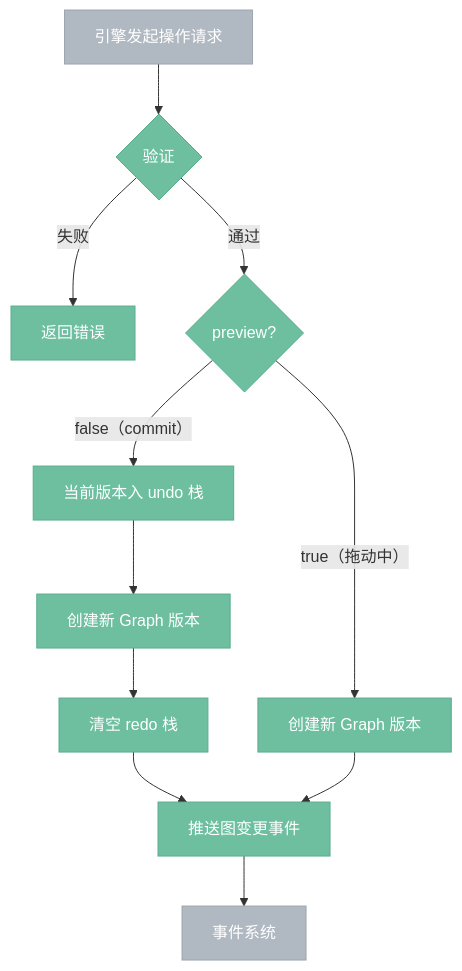
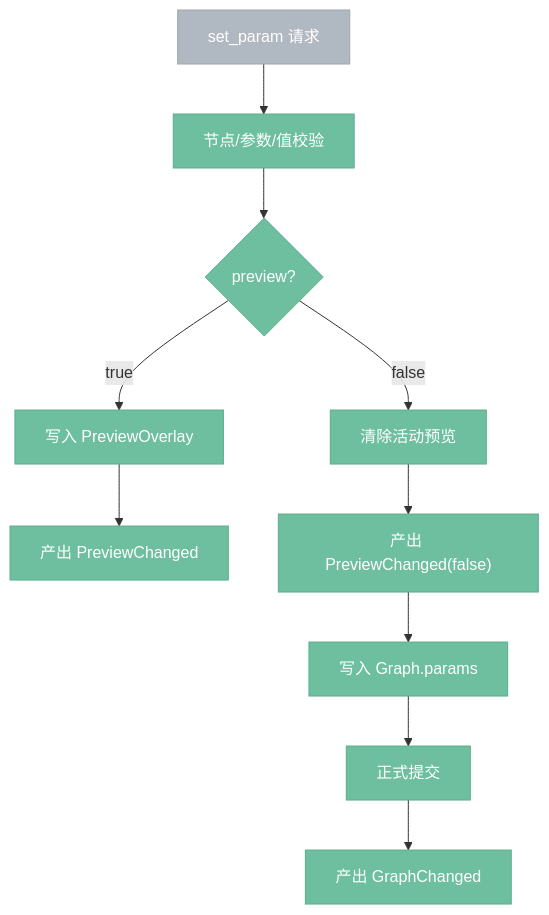
One commit to aporicho/nodeimg changed the third of 5 diagrams in docs/target/4.2.0-graph-controller.impl.md. Above: the diagram before and after it, drawn with Mermaid. The commit also changed other lines of this file and 90 other files, not shown here.

First line of the commit message:
refactor(engine): restructure graph module and scaffold scheduler

````diff
--- a/docs/target/4.2.0-graph-controller.impl.md
+++ b/docs/target/4.2.0-graph-controller.impl.md
@@ -36,18 +903,16 @@
 ```mermaid
 %%{ init: { 'flowchart': { 'curve': 'basis' } } }%%
 flowchart TB
     classDef internal fill:#6DBFA0,stroke:#5BAD8E,color:#fff
     classDef external fill:#B0B8C1,stroke:#9EA6AF,color:#fff
 
-    请求["引擎发起操作请求"]:::external
-    请求 --> 验证{"验证"}:::internal
-    验证 -->|"失败"| 拒绝["返回错误"]:::internal
-    验证 -->|"通过"| preview{"preview?"}:::internal
-    preview -->|"false（commit）"| 快照["当前版本入 undo 栈"]:::internal
-    快照 --> 执行["创建新 Graph 版本"]:::internal
-    执行 --> 清redo["清空 redo 栈"]:::internal
-    清redo --> 事件["推送图变更事件"]:::internal
-    preview -->|"true（拖动中）"| 执行2["创建新 Graph 版本"]:::internal
-    执行2 --> 事件
-    事件 --> 事件系统["事件系统"]:::external
+    请求["set_param 请求"]:::external --> 校验["节点/参数/值校验"]:::internal
+    校验 --> 预览{"preview?"}:::internal
+    预览 -->|"true"| 覆盖["写入 PreviewOverlay"]:::internal
+    覆盖 --> 预览事件["产出 PreviewChanged"]:::internal
+    预览 -->|"false"| 清预览["清除活动预览"]:::internal
+    清预览 --> 清预览事件["产出 PreviewChanged(false)"]:::internal
+    清预览事件 --> 写本体["写入 Graph.params"]:::internal
+    写本体 --> 正式提交["正式提交"]:::internal
+    正式提交 --> 图事件["产出 GraphChanged"]:::internal
 ```
````
